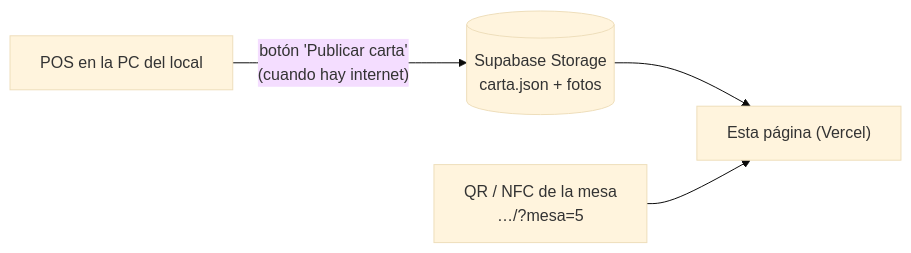
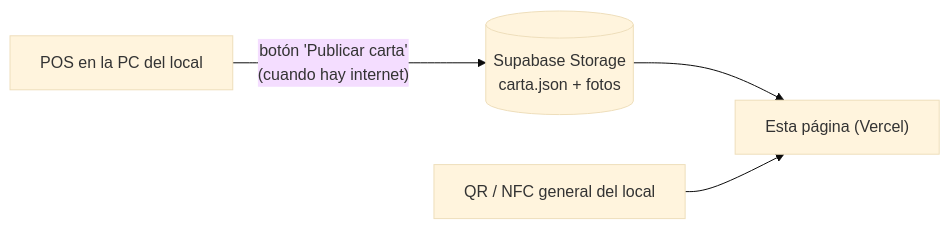
One commit to agustinamade6-dev/akros-carta changed the diagram in README.md. Above: the diagram before and after it, drawn with Mermaid (base theme). The commit also changed other lines of this file and 6 other files, not shown here.

````diff
--- a/README.md
+++ b/README.md
@@ -7,6 +7,6 @@
 ```mermaid
 flowchart LR
     A["POS en la PC del local"] -- "botón 'Publicar carta'<br/>(cuando hay internet)" --> S[("Supabase Storage<br/>carta.json + fotos")]
     S --> C["Esta página (Vercel)"]
-    Q["QR / NFC de la mesa<br/>…/?mesa=5"] --> C
+    Q["QR / NFC general del local"] --> C
 ```
````
